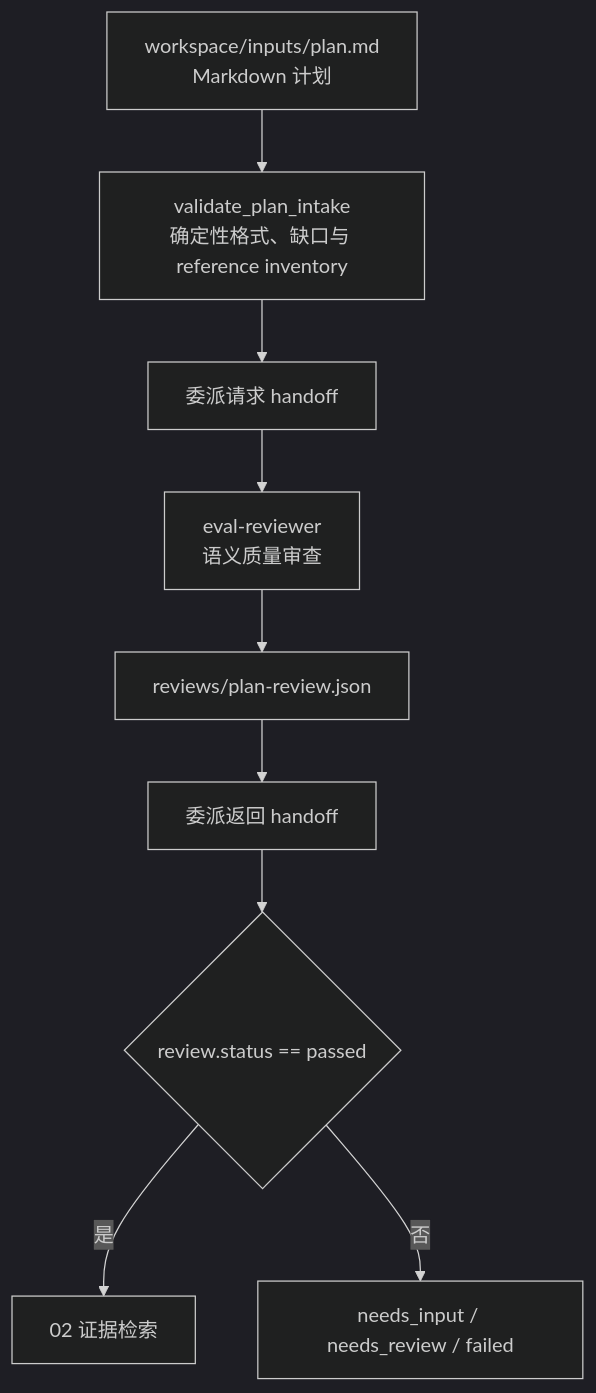
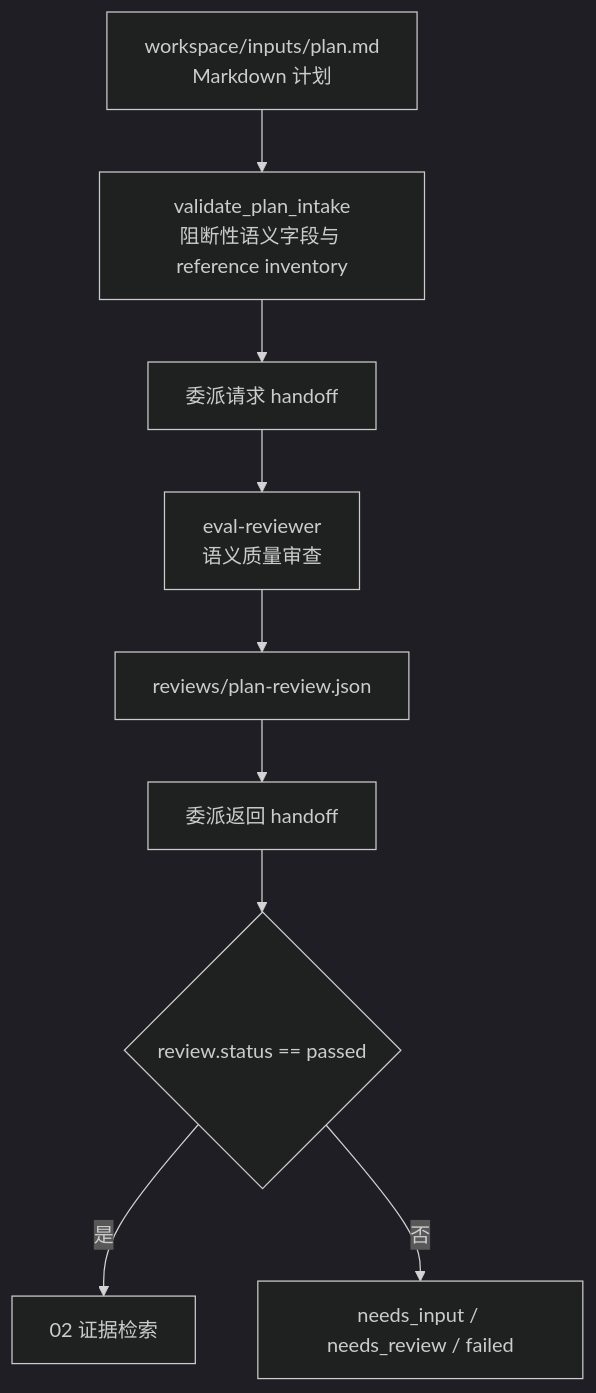
Before and after one commit to mrzed891194322/Harness-driven-LCA-dev-agents: the diagram in harness/specs/01-plan-quality-gate/schema_mapping.md, drawn with Mermaid (dark theme). The commit also changed other lines of this file and 80 other files, not shown here.

````diff
--- a/harness/specs/01-plan-quality-gate/schema_mapping.md
+++ b/harness/specs/01-plan-quality-gate/schema_mapping.md
@@ -9,16 +9,16 @@
 ```mermaid
 flowchart TD
     plan["workspace/inputs/plan.md<br/>Markdown 计划"]
-    validator["validate_plan_intake<br/>确定性格式、缺口与 reference inventory"]
+    validator["validate_plan_intake<br/>阻断性语义字段与 reference inventory"]
     request["委派请求 handoff"]
     reviewer["eval-reviewer<br/>语义质量审查"]
     review["reviews/plan-review.json"]
     returned["委派返回 handoff"]
     pass{"review.status == passed"}
     next["02 证据检索"]
     stop["needs_input / needs_review / failed"]
 
     plan --> validator --> request --> reviewer --> review --> returned --> pass
     pass -->|是| next
     pass -->|否| stop
 ```
````
